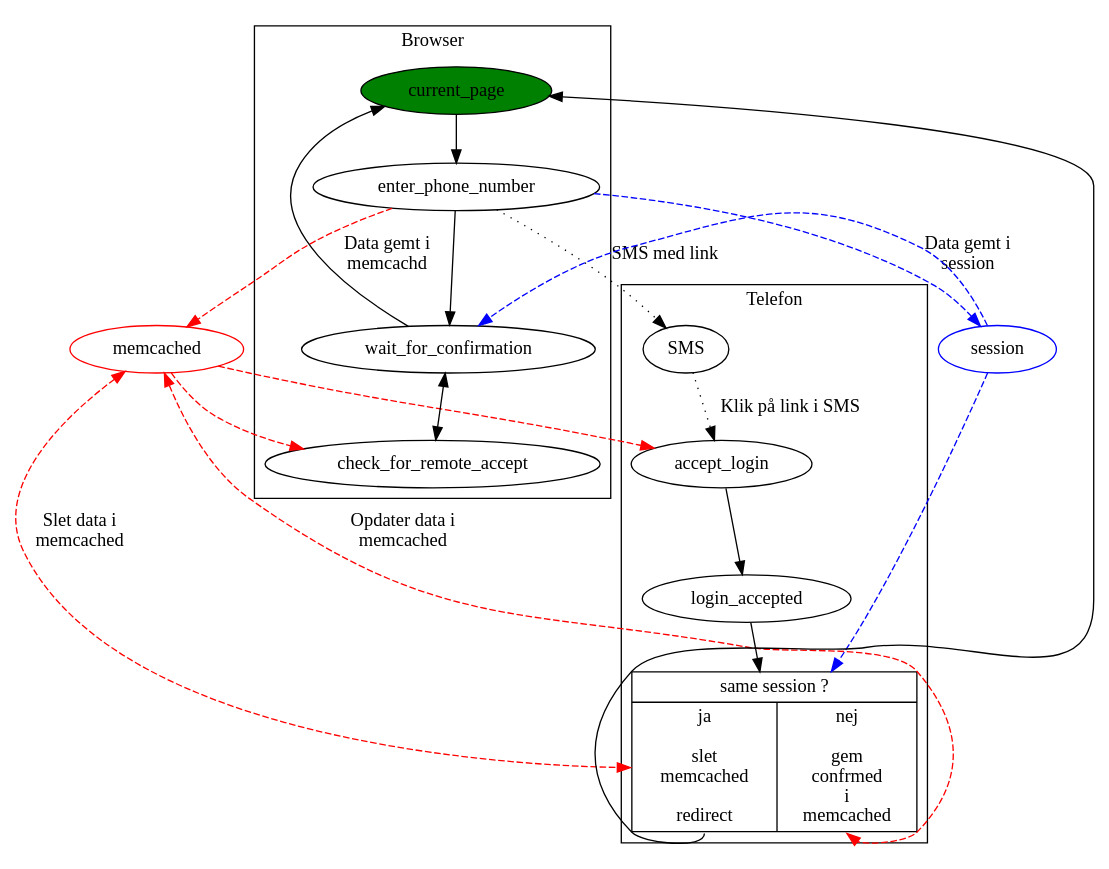
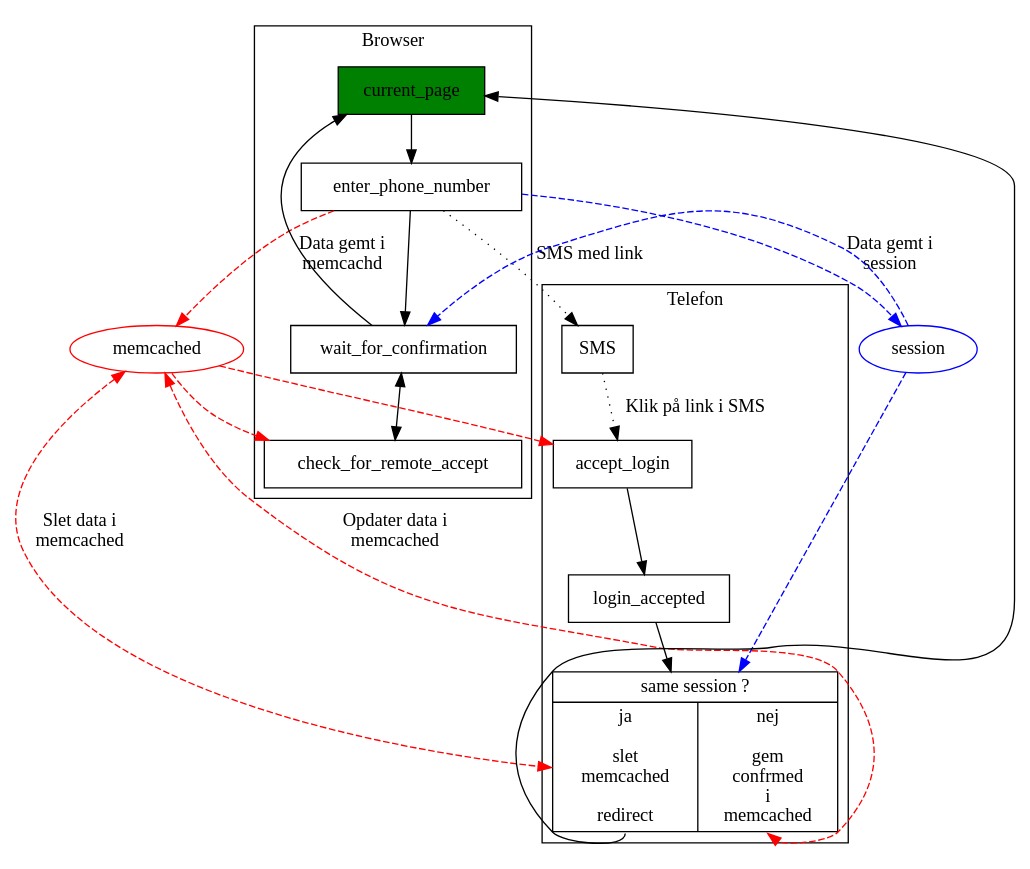
One commit to alslug/alslug.dk changed the diagram in projekter/sms-login.dot. Above: the diagram before and after it, drawn with Graphviz.

```diff
--- a/projekter/sms-login.dot
+++ b/projekter/sms-login.dot
@@ -1,31 +1,32 @@
 digraph xxx {
+  node [ shape=box ];
   {
     edge [ style=dashed color=red ];
     enter_phone_number -> memcached [ label="Data gemt i \nmemcachd"]; /////
-                          memcached [ color = red ];
+                          memcached [ shape=ellipse color=red ];
                           memcached -> check_for_remote_accept;
                           memcached -> accept_login;
                           memcached -> same_session:ja [ label = "Slet data i \nmemcached" dir=both ];
                           memcached -> same_session:nej [ label = "Opdater data i \nmemcached" dir=both ];
     edge [ style=dashed color=blue ];
         enter_phone_number -> session [ label="Data gemt i \nsession"];    /////
-                              session [ color = blue ];
+                              session [ shape=ellipse color=blue ];
                               session -> wait_for_confirmation;
                               session -> same_session;
   }
   subgraph cluster_browser {
     label = "Browser";
     current_page [ style=filled fillcolor=green ];
     current_page -> enter_phone_number -> wait_for_confirmation;
                                           wait_for_confirmation -> check_for_remote_accept [ dir=both ];
     current_page -> wait_for_confirmation [ dir=back ];
   }
   subgraph cluster_telefon {
     label = "Telefon";
     same_session [ shape=record label="{same session ?|{ <ja> ja \n \n slet \n memcached \n \n redirect | <nej> nej \n \n gem \n confrmed \n i \n memcached}}" ];
     SMS -> accept_login [ style=dotted label="Klik på link i SMS" ];
            accept_login -> login_accepted-> same_session;
                             current_page -> same_session:ja [ dir=back ];
   }
   enter_phone_number -> SMS [ style= dotted label="SMS med link"];
 }
```
